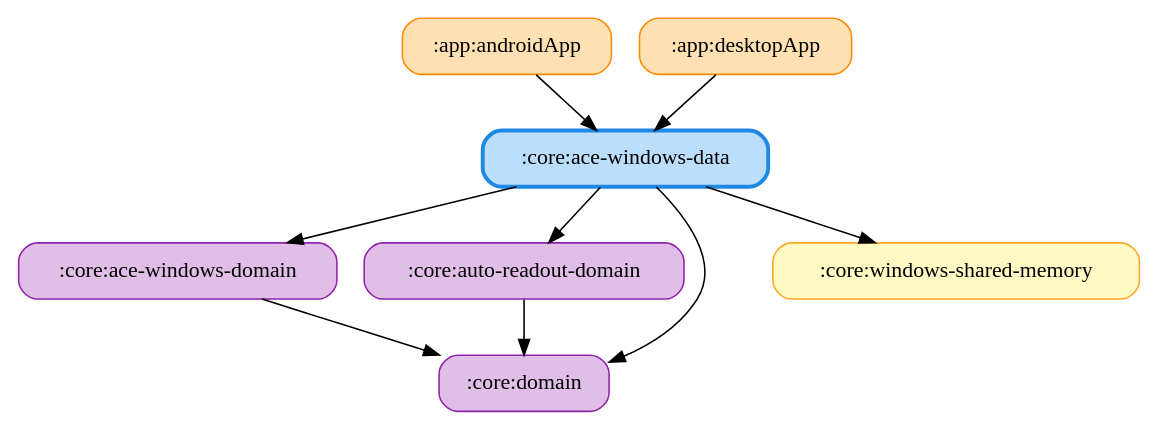
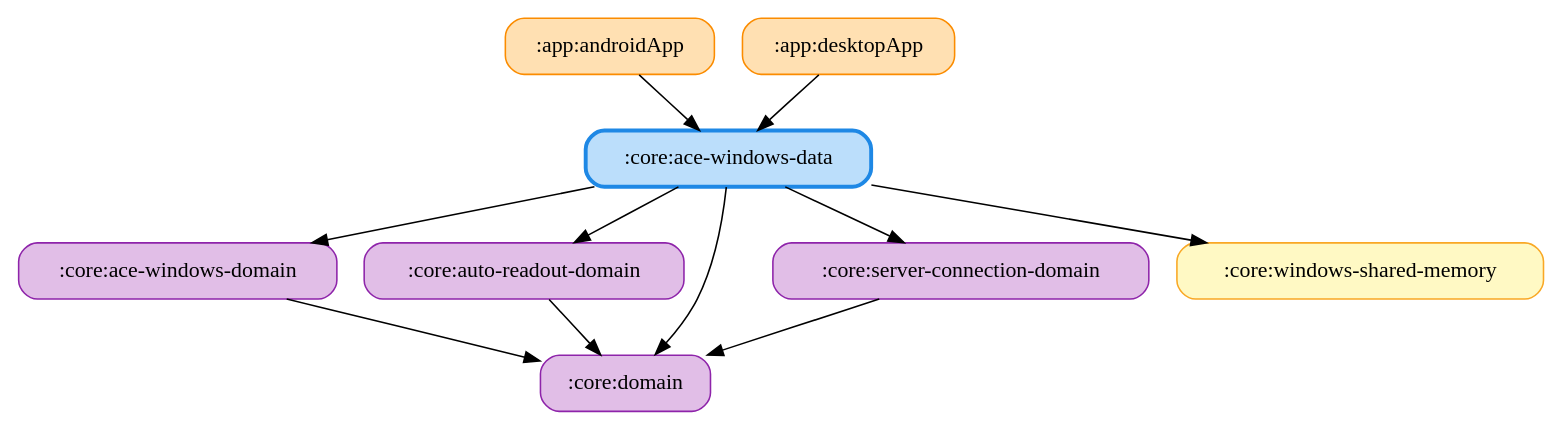
One commit to ai-kurou/KoDriver changed the diagram in docs/graphs/core-ace-windows-data.gv. Above: the diagram before and after it, drawn with Graphviz. The commit also changed 43 other files, not shown here.

Commit message:
chore: update module graph images

```diff
--- a/docs/graphs/core-ace-windows-data.gv
+++ b/docs/graphs/core-ace-windows-data.gv
@@ -1,19 +1,22 @@
 digraph G {
   rankdir=TB
   node [shape=box, style="rounded,filled"]
   ":app:androidApp" [fillcolor="#FFE0B2", color="#FB8C00", penwidth=1]
   ":app:desktopApp" [fillcolor="#FFE0B2", color="#FB8C00", penwidth=1]
   ":core:ace-windows-data" [fillcolor="#BBDEFB", color="#1E88E5", penwidth=2.5]
   ":core:ace-windows-domain" [fillcolor="#E1BEE7", color="#8E24AA", penwidth=1]
   ":core:auto-readout-domain" [fillcolor="#E1BEE7", color="#8E24AA", penwidth=1]
   ":core:domain" [fillcolor="#E1BEE7", color="#8E24AA", penwidth=1]
+  ":core:server-connection-domain" [fillcolor="#E1BEE7", color="#8E24AA", penwidth=1]
   ":core:windows-shared-memory" [fillcolor="#FFF9C4", color="#F9A825", penwidth=1]
   ":app:androidApp" -> ":core:ace-windows-data"
   ":app:desktopApp" -> ":core:ace-windows-data"
   ":core:ace-windows-data" -> ":core:domain"
   ":core:ace-windows-data" -> ":core:ace-windows-domain"
   ":core:ace-windows-data" -> ":core:auto-readout-domain"
+  ":core:ace-windows-data" -> ":core:server-connection-domain"
   ":core:ace-windows-data" -> ":core:windows-shared-memory"
   ":core:ace-windows-domain" -> ":core:domain"
   ":core:auto-readout-domain" -> ":core:domain"
+  ":core:server-connection-domain" -> ":core:domain"
 }
```
